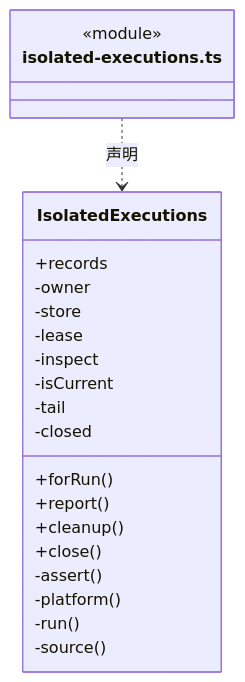
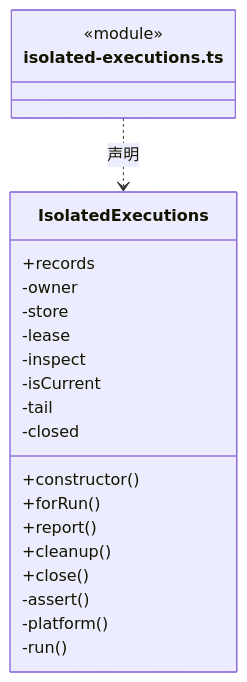
One commit to nan023062/cbim changed the fourth of 5 diagrams in src/logic/file-operations/service/ARCHITECTURE.md. Above: the diagram before and after it, drawn with Mermaid. The commit also changed other lines of this file and 139 other files, not shown here.

Commit message:
docs(architecture): add source reading paths and complete file inventories

````diff
--- a/src/logic/file-operations/service/ARCHITECTURE.md
+++ b/src/logic/file-operations/service/ARCHITECTURE.md
@@ -91,25 +96,25 @@
 ```mermaid
 classDiagram
 class N_src_logic_file_operations_service_isolated_executions_ts["isolated-executions.ts"] {
   <<module>>
 }
 class N_src_logic_file_operations_service_isolated_executions_ts_IsolatedExecutions["IsolatedExecutions"] {
   +records
+  +constructor()
   +forRun()
   +report()
   +cleanup()
   +close()
   -owner
   -store
   -lease
   -inspect
   -isCurrent
   -tail
   -closed
   -assert()
   -platform()
   -run()
-  -source()
 }
 N_src_logic_file_operations_service_isolated_executions_ts ..> N_src_logic_file_operations_service_isolated_executions_ts_IsolatedExecutions : 声明
 ```
````
